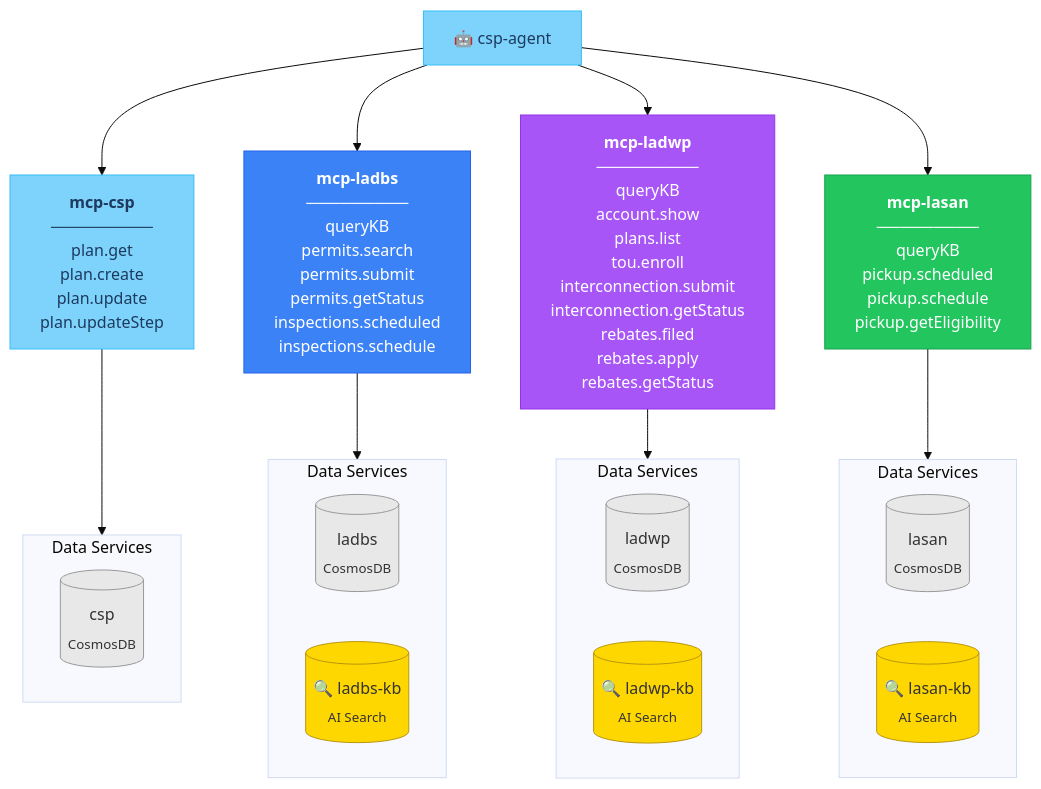
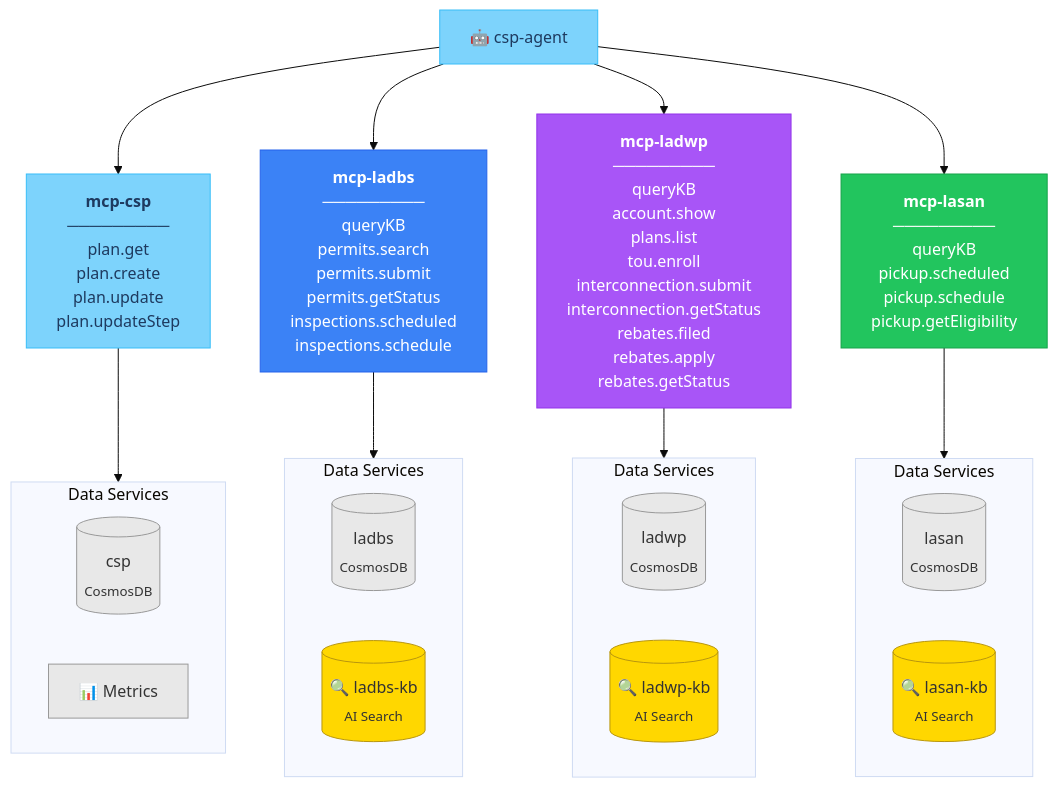
One commit to aldelar/citizen-services-portal changed the diagram in specs/1-spec-mcp-servers.md. Above: the diagram before and after it, drawn with Mermaid (base theme).

Commit message:
diagrams updates

````diff
--- a/specs/1-spec-mcp-servers.md
+++ b/specs/1-spec-mcp-servers.md
@@ -1214,54 +1214,56 @@
 ```mermaid
 flowchart TB
     CSP["🤖 csp-agent"]
 
     mcpcsp["<b>mcp-csp</b><br/>─────────<br/>plan.get<br/>plan.create<br/>plan.update<br/>plan.updateStep"]
     
     mcpladbs["<b>mcp-ladbs</b><br/>─────────<br/>queryKB<br/>permits.search<br/>permits.submit<br/>permits.getStatus<br/>inspections.scheduled<br/>inspections.schedule"]
     
     mcpladwp["<b>mcp-ladwp</b><br/>─────────<br/>queryKB<br/>account.show<br/>plans.list<br/>tou.enroll<br/>interconnection.submit<br/>interconnection.getStatus<br/>rebates.filed<br/>rebates.apply<br/>rebates.getStatus"]
     
     mcplasan["<b>mcp-lasan</b><br/>─────────<br/>queryKB<br/>pickup.scheduled<br/>pickup.schedule<br/>pickup.getEligibility"]
 
     subgraph csp_storage["Data Services"]
         DB_CSP[("csp<br/><sub>CosmosDB</sub>")]
+        ANALYTICS_CSP["📊 Metrics"]
     end
 
     subgraph ladbs_storage["Data Services"]
         DB_LADBS[("ladbs<br/><sub>CosmosDB</sub>")]
         IDX_LADBS[("🔍 ladbs-kb<br/><sub>AI Search</sub>")]
     end
 
     subgraph ladwp_storage["Data Services"]
         DB_LADWP[("ladwp<br/><sub>CosmosDB</sub>")]
         IDX_LADWP[("🔍 ladwp-kb<br/><sub>AI Search</sub>")]
     end
 
     subgraph lasan_storage["Data Services"]
         DB_LASAN[("lasan<br/><sub>CosmosDB</sub>")]
         IDX_LASAN[("🔍 lasan-kb<br/><sub>AI Search</sub>")]
     end
 
     CSP --> mcpcsp
     CSP --> mcpladbs
     CSP --> mcpladwp
     CSP --> mcplasan
 
     mcpcsp --> csp_storage
     mcpladbs --> ladbs_storage
     mcpladwp --> ladwp_storage
     mcplasan --> lasan_storage
 
     style CSP fill:#7dd3fc,stroke:#38bdf8,color:#1e3a5f
     style mcpcsp fill:#7dd3fc,stroke:#38bdf8,color:#1e3a5f
     style mcpladbs fill:#3b82f6,stroke:#2563eb,color:#fff
     style mcpladwp fill:#a855f7,stroke:#9333ea,color:#fff
     style mcplasan fill:#22c55e,stroke:#16a34a,color:#fff
     style DB_CSP fill:#E8E8E8,stroke:#999,color:#333
     style DB_LADBS fill:#E8E8E8,stroke:#999,color:#333
     style DB_LADWP fill:#E8E8E8,stroke:#999,color:#333
     style DB_LASAN fill:#E8E8E8,stroke:#999,color:#333
     style IDX_LADBS fill:#FFD700,stroke:#B8960F,color:#333
     style IDX_LADWP fill:#FFD700,stroke:#B8960F,color:#333
     style IDX_LASAN fill:#FFD700,stroke:#B8960F,color:#333
+    style ANALYTICS_CSP fill:#E8E8E8,stroke:#999,color:#333
 ```
````
